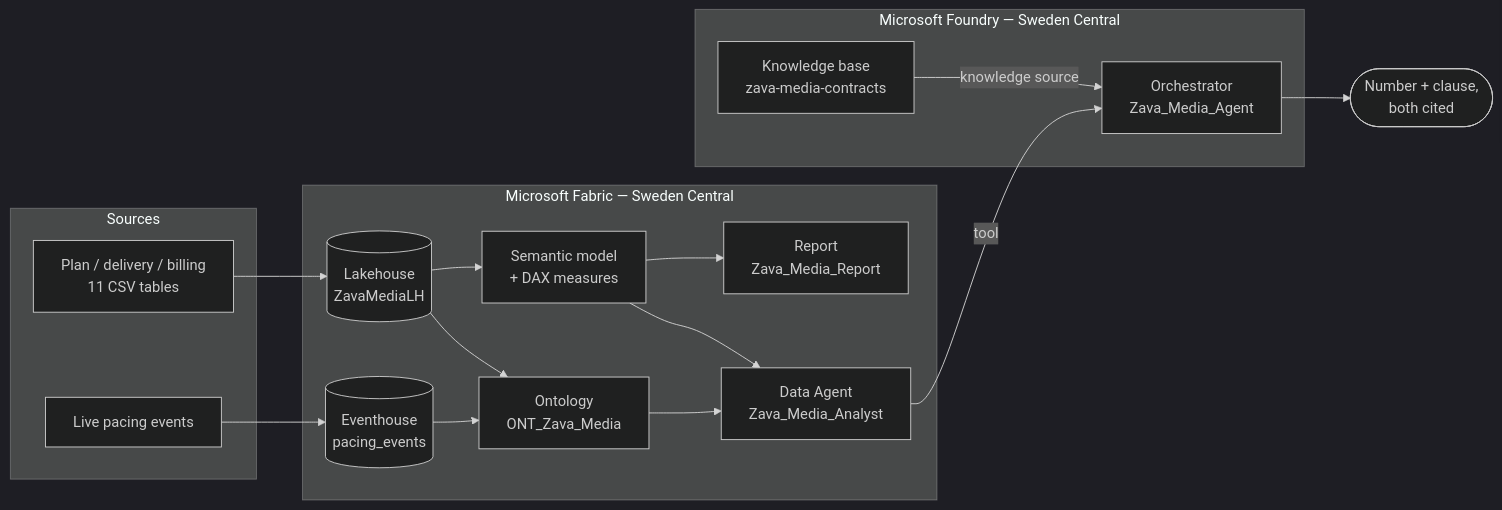
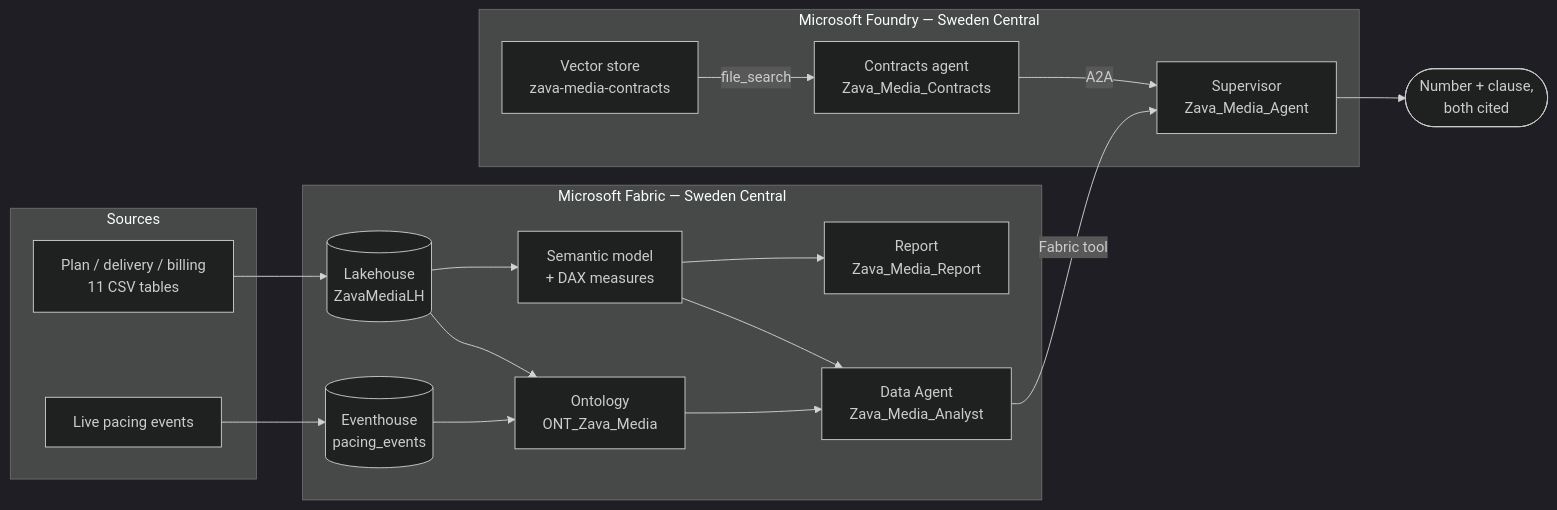
The diagram in README.md (Statyx/Fab-Zava-Media), drawn with Mermaid (dark theme) before and after one commit. The commit also changed other lines of this file and 10 other files, not shown here.

First line of the commit message:
feat(foundry): supervisor over the Fabric data agent and the contract corpus

````diff
--- a/README.md
+++ b/README.md
@@ -104,33 +104,35 @@
 ```mermaid
 flowchart LR
   subgraph src[Sources]
     CSV[Plan / delivery / billing<br/>11 CSV tables]
     PACE[Live pacing events]
   end
 
   subgraph fabric[Microsoft Fabric — Sweden Central]
     LH[(Lakehouse<br/>ZavaMediaLH)]
     EH[(Eventhouse<br/>pacing_events)]
     ONT[Ontology<br/>ONT_Zava_Media]
     SM[Semantic model<br/>+ DAX measures]
     DA[Data Agent<br/>Zava_Media_Analyst]
     RPT[Report<br/>Zava_Media_Report]
   end
 
   subgraph foundry[Microsoft Foundry — Sweden Central]
-    KB[Knowledge base<br/>zava-media-contracts]
-    ORCH[Orchestrator<br/>Zava_Media_Agent]
+    KB[Vector store<br/>zava-media-contracts]
+    CTR[Contracts agent<br/>Zava_Media_Contracts]
+    ORCH[Supervisor<br/>Zava_Media_Agent]
   end
 
   CSV --> LH
   PACE --> EH
   LH --> ONT
   EH --> ONT
   LH --> SM
   ONT --> DA
   SM --> DA
   SM --> RPT
-  DA -->|tool| ORCH
-  KB -->|knowledge source| ORCH
+  DA -->|Fabric tool| ORCH
+  KB -->|file_search| CTR
+  CTR -->|A2A| ORCH
   ORCH --> ANS([Number + clause,<br/>both cited])
 ```
````
